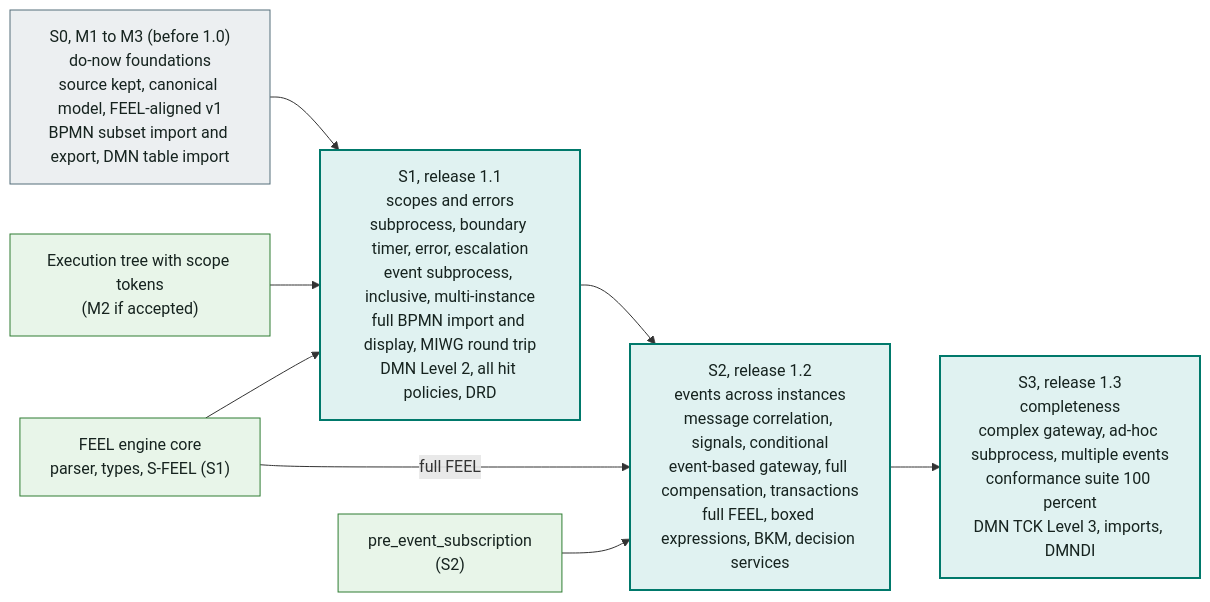
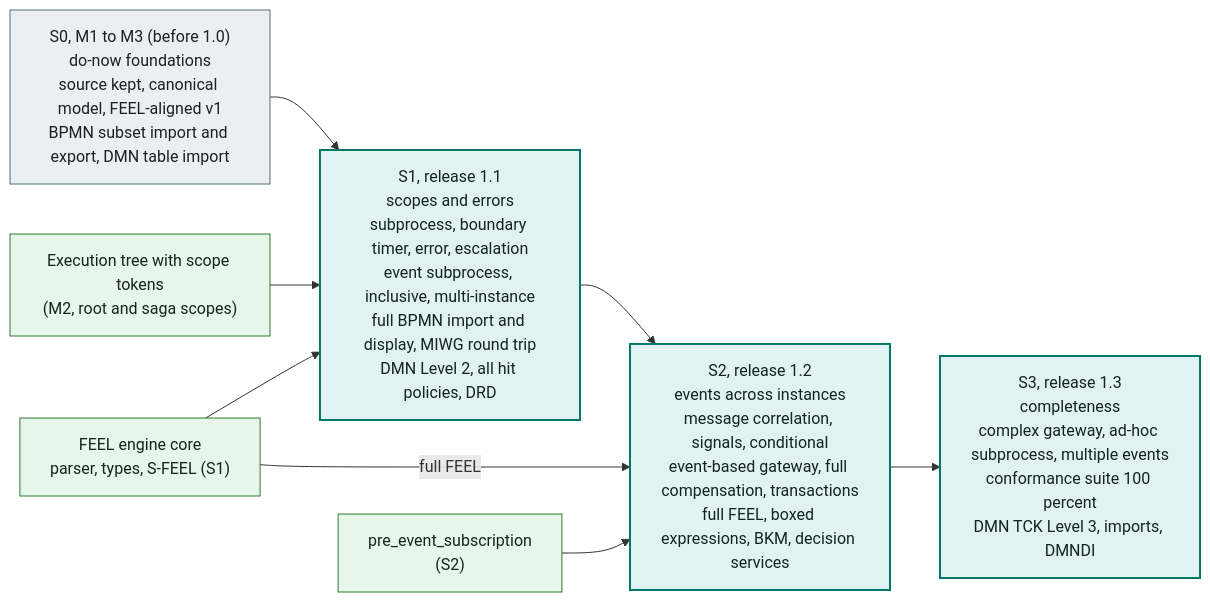
Before and after one commit to dhluong90/horus-Agentic-BPM: the diagram in docs/architecture/diagrams/standards-staging.mmd, drawn with Mermaid. The commit also changed 47 other files, not shown here.

```diff
--- a/docs/architecture/diagrams/standards-staging.mmd
+++ b/docs/architecture/diagrams/standards-staging.mmd
@@ -1,19 +1,19 @@
 flowchart LR
   S0["S0, M1 to M3 (before 1.0)<br/>do-now foundations<br/>source kept, canonical model, FEEL-aligned v1<br/>BPMN subset import and export, DMN table import"]
   S1["S1, release 1.1<br/>scopes and errors<br/>subprocess, boundary timer, error, escalation<br/>event subprocess, inclusive, multi-instance<br/>full BPMN import and display, MIWG round trip<br/>DMN Level 2, all hit policies, DRD"]
   S2["S2, release 1.2<br/>events across instances<br/>message correlation, signals, conditional<br/>event-based gateway, full compensation, transactions<br/>full FEEL, boxed expressions, BKM, decision services"]
   S3["S3, release 1.3<br/>completeness<br/>complex gateway, ad-hoc subprocess, multiple events<br/>conformance suite 100 percent<br/>DMN TCK Level 3, imports, DMNDI"]
   F["FEEL engine core<br/>parser, types, S-FEEL (S1)"]
-  ET["Execution tree with scope tokens<br/>(M2 if accepted)"]
+  ET["Execution tree with scope tokens<br/>(M2, root and saga scopes)"]
   SUB["pre_event_subscription<br/>(S2)"]
   S0 --> S1 --> S2 --> S3
   ET --> S1
   F --> S1
   F -->|"full FEEL"| S2
   SUB --> S2
   classDef engine fill:#E0F2F1,stroke:#00796B,stroke-width:2px,color:#16231F
   classDef host fill:#E8F5E9,stroke:#2E7D32,color:#16231F
   classDef obs fill:#ECEFF1,stroke:#546E7A,color:#16231F
   class S0 obs
   class S1,S2,S3 engine
   class F,ET,SUB host
```
